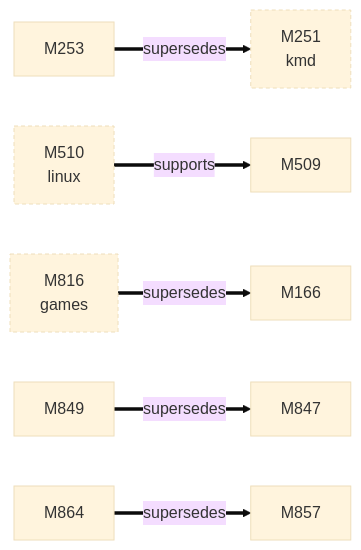
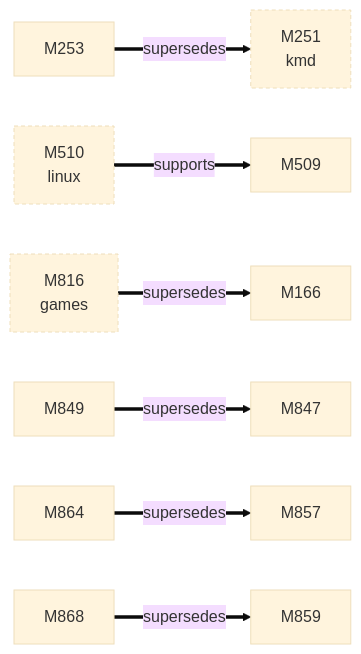
Before and after one commit to D-Ogi/amdgpu-wddm: the first of 2 diagrams in docs/facts/graphs/icd.md, drawn with Mermaid (base theme). The commit also changed other lines of this file and 84 other files, not shown here.

````diff
--- a/docs/facts/graphs/icd.md
+++ b/docs/facts/graphs/icd.md
@@ -9,20 +9,23 @@
 ```mermaid
 flowchart LR
   M166["M166"]
   M251["M251<br/>kmd"]
   M253["M253"]
   M509["M509"]
   M510["M510<br/>linux"]
   M816["M816<br/>games"]
   M847["M847"]
   M849["M849"]
   M857["M857"]
+  M859["M859"]
   M864["M864"]
+  M868["M868"]
   M253 ==>|supersedes| M251
   M849 ==>|supersedes| M847
   M864 ==>|supersedes| M857
+  M868 ==>|supersedes| M859
   M816 ==>|supersedes| M166
   M510 ==>|supports| M509
   classDef other stroke-dasharray:4 3
   class M251,M510,M816 other
 ```
````
